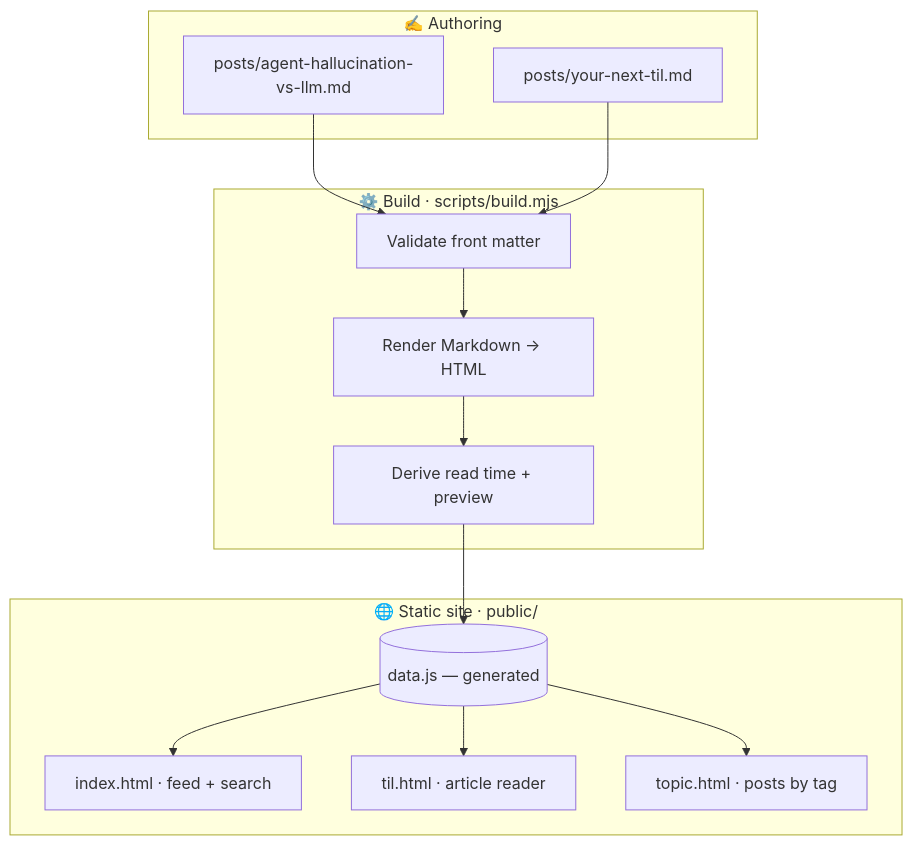
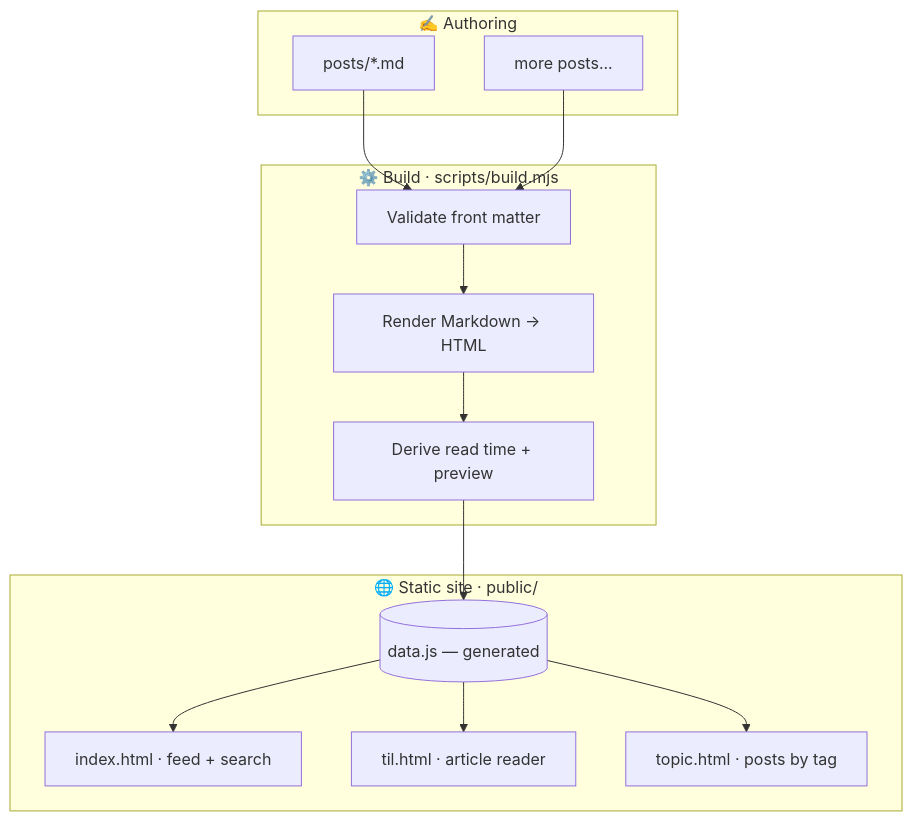
Before and after one commit to soumendrak/TIL: the first of 3 diagrams in README.md, drawn with Mermaid.

Commit message:
Make architecture mermaid diagram generic — not tied to any specific post

````diff
--- a/README.md
+++ b/README.md
@@ -47,24 +47,24 @@
 ```mermaid
 graph TD
   subgraph A["✍️  Authoring"]
-    P1["posts/agent-hallucination-vs-llm.md"]
-    P2["posts/your-next-til.md"]
+    P1["posts/*.md"]
+    P2["more posts..."]
   end
   subgraph B["⚙️  Build · scripts/build.mjs"]
     V["Validate front matter"]
     R["Render Markdown → HTML"]
     D["Derive read time + preview"]
   end
   subgraph C["🌐  Static site · public/"]
     DJS[("data.js — generated")]
     H1["index.html · feed + search"]
     H2["til.html · article reader"]
     H3["topic.html · posts by tag"]
   end
   P1 --> V
   P2 --> V
   V --> R --> D --> DJS
   DJS --> H1
   DJS --> H2
   DJS --> H3
 ```
````
